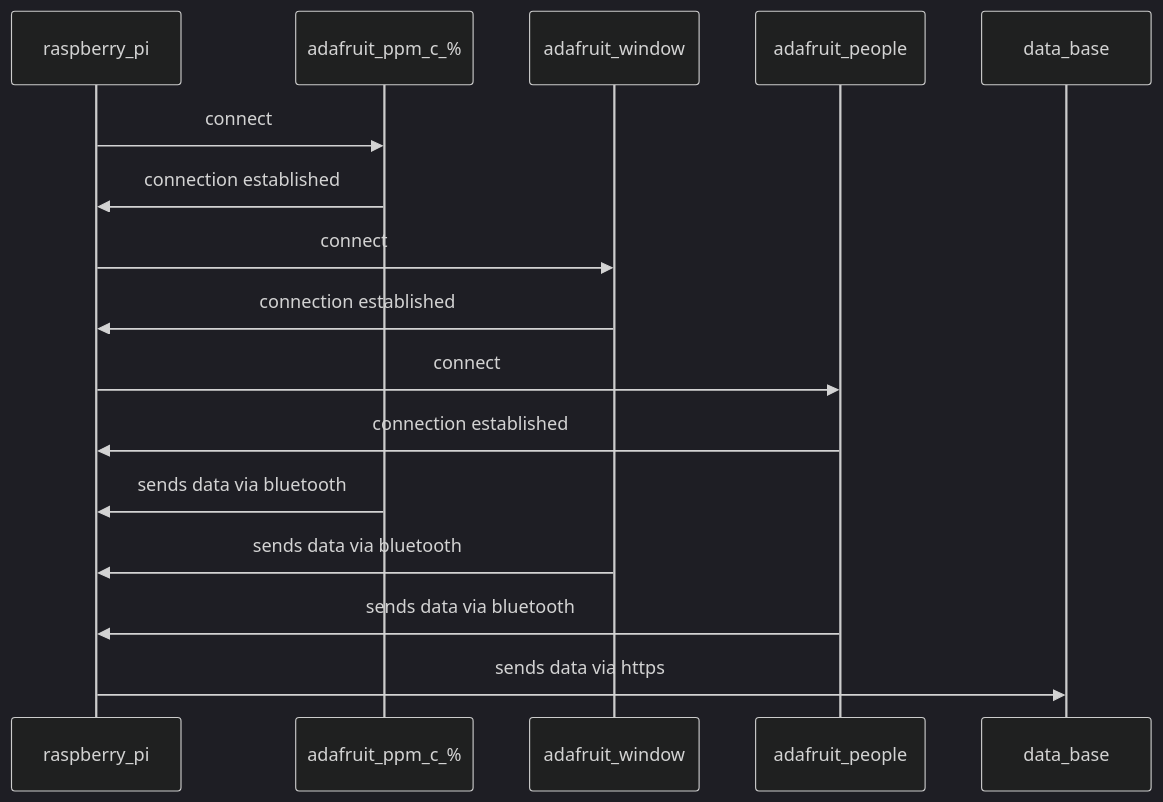
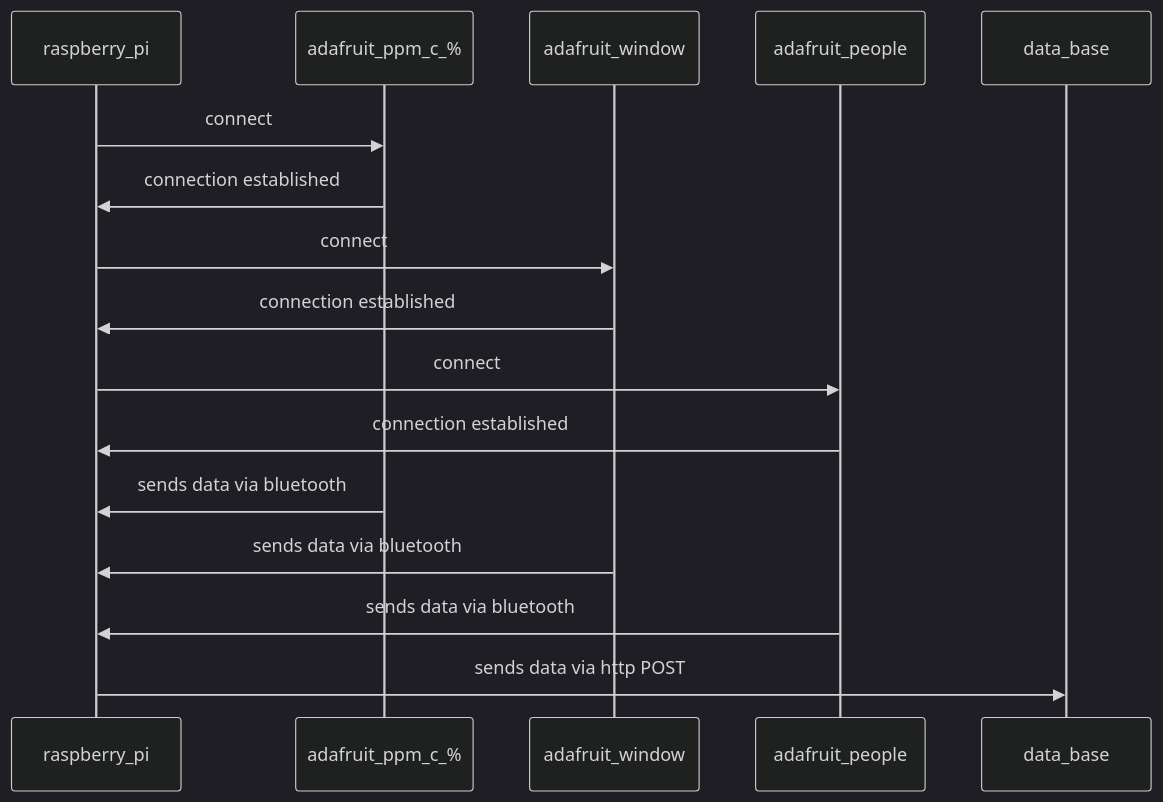
Before and after one commit to nicolarohner1337/smartclassroom: the first of 2 diagrams in abgabe_bericht/software_module_sequenzdiagramme/main_unit.md, drawn with Mermaid (dark theme).

````diff
--- a/abgabe_bericht/software_module_sequenzdiagramme/main_unit.md
+++ b/abgabe_bericht/software_module_sequenzdiagramme/main_unit.md
@@ -2,18 +2,18 @@
 ```mermaid
 sequenceDiagram
     participant raspberry_pi
     participant adafruit_ppm_c_%
     participant adafruit_window
     participant adafruit_people
     participant data_base
     raspberry_pi->>adafruit_ppm_c_%: connect
     adafruit_ppm_c_%->>raspberry_pi: connection established
     raspberry_pi->>adafruit_window: connect
     adafruit_window->>raspberry_pi: connection established
     raspberry_pi->>adafruit_people: connect
     adafruit_people->>raspberry_pi: connection established
     adafruit_ppm_c_%->>raspberry_pi: sends data via bluetooth
     adafruit_window->>raspberry_pi: sends data via bluetooth
     adafruit_people->>raspberry_pi: sends data via bluetooth
-    raspberry_pi->>data_base: sends data via https
+    raspberry_pi->>data_base: sends data via http POST
 ```
````
